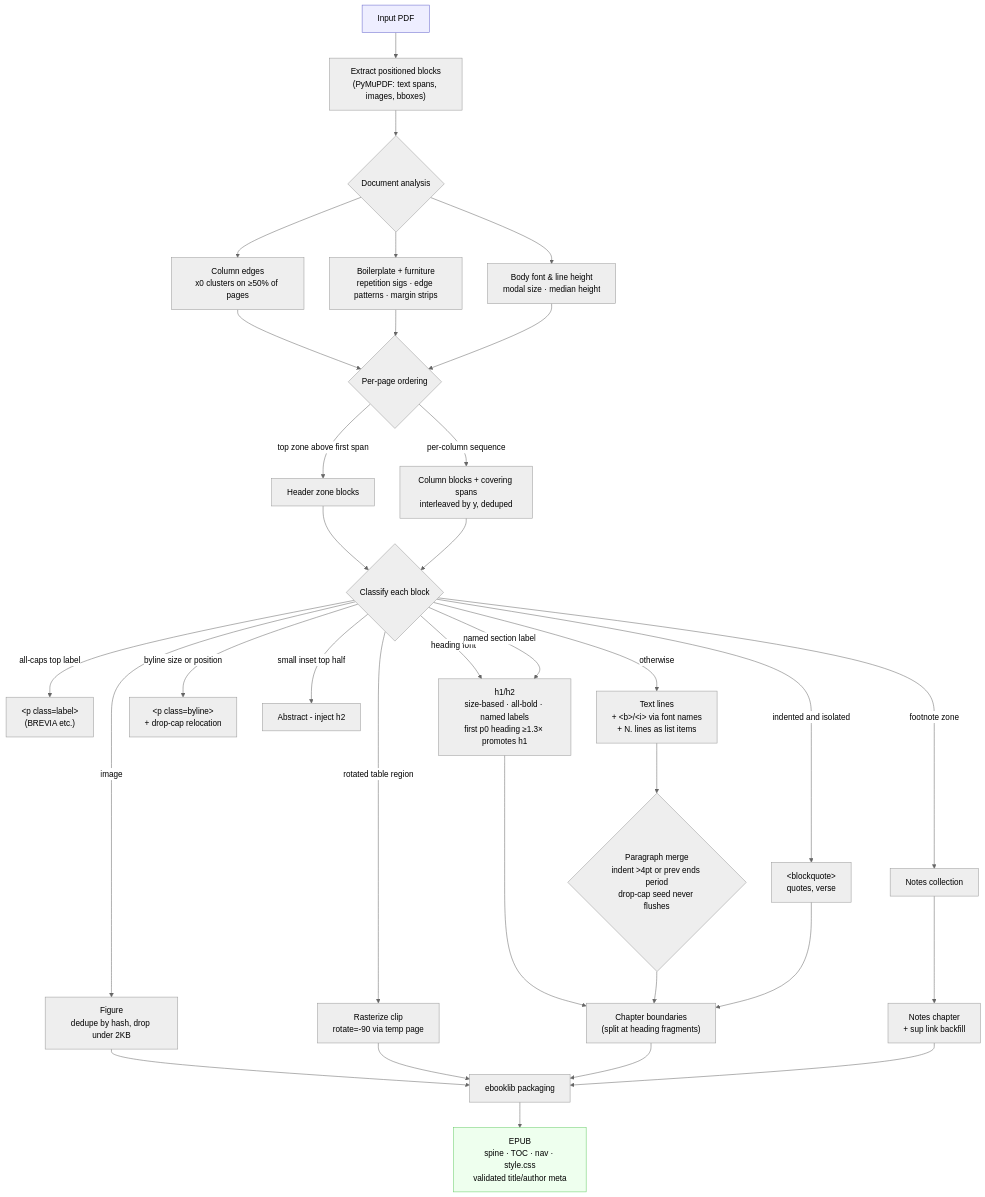
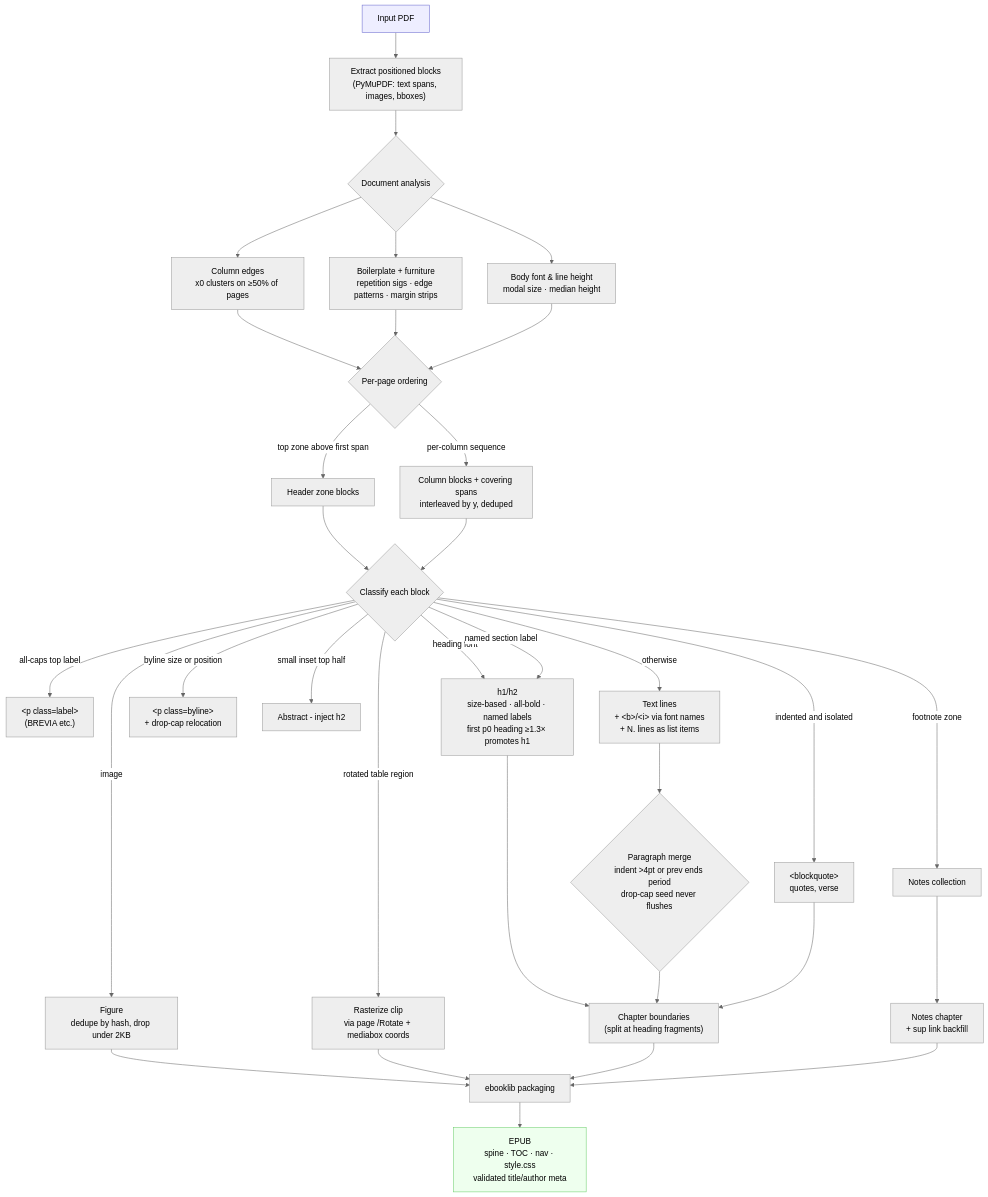
One commit to adzkar/exegesis changed the diagram in docs/pipeline.md. Above: the diagram before and after it, drawn with Mermaid (neutral theme). The commit also changed other lines of this file and 1 other file, not shown here.

Commit message:
Docs: table render uses page /Rotate + mediabox coords, not show_pdf_page
Sync the Tables bullet and pipeline diagram/signal row with the fix in
2687e4b — clips are padded in unrotated mediabox space and mapped
through the page's existing rotation.

Generated with [Devin](https://devin.ai)

````diff
--- a/docs/pipeline.md
+++ b/docs/pipeline.md
@@ -5,40 +5,40 @@
 ```mermaid
 flowchart TD
     A[Input PDF] --> B["Extract positioned blocks<br/>(PyMuPDF: text spans, images, bboxes)"]
     B --> C{Document analysis}
 
     C --> D["Column edges<br/>x0 clusters on ≥50% of pages"]
     C --> E["Boilerplate + furniture<br/>repetition sigs · edge patterns · margin strips"]
     C --> F["Body font &amp; line height<br/>modal size · median height"]
 
     D & E & F --> G{Per-page ordering}
     G -->|top zone above first span| H["Header zone blocks"]
     G -->|per-column sequence| I["Column blocks + covering spans<br/>interleaved by y, deduped"]
 
     H & I --> J{Classify each block}
 
     J -->|image| K["Figure<br/>dedupe by hash, drop under 2KB"]
     J -->|footnote zone| L["Notes collection"]
-    J -->|rotated table region| K2["Rasterize clip<br/>rotate=-90 via temp page"]
+    J -->|rotated table region| K2["Rasterize clip<br/>via page /Rotate + mediabox coords"]
     J -->|all-caps top label| M["&lt;p class=label&gt;<br/>(BREVIA etc.)"]
     J -->|heading font| N["h1/h2<br/>size-based · all-bold · named labels<br/>first p0 heading ≥1.3× promotes h1"]
     J -->|named section label| N
     J -->|byline size or position| O["&lt;p class=byline&gt;<br/>+ drop-cap relocation"]
     J -->|small inset top half| P["Abstract - inject h2"]
     J -->|indented and isolated| Q2["&lt;blockquote&gt;<br/>quotes, verse"]
     J -->|otherwise| Q["Text lines<br/>+ &lt;b&gt;/&lt;i&gt; via font names<br/>+ N. lines as list items"]
 
     Q --> R{"Paragraph merge<br/>indent &gt;4pt or prev ends period<br/>drop-cap seed never flushes"}
     N --> S["Chapter boundaries<br/>(split at heading fragments)"]
     R --> S
     Q2 --> S
     L --> T["Notes chapter<br/>+ sup link backfill"]
     K --> U[ebooklib packaging]
     K2 --> U
     S --> U
     T --> U
     U --> V["EPUB<br/>spine · TOC · nav · style.css<br/>validated title/author meta"]
 
     style A fill:#eef,stroke:#66c
     style V fill:#efe,stroke:#6c6
 ```
````
